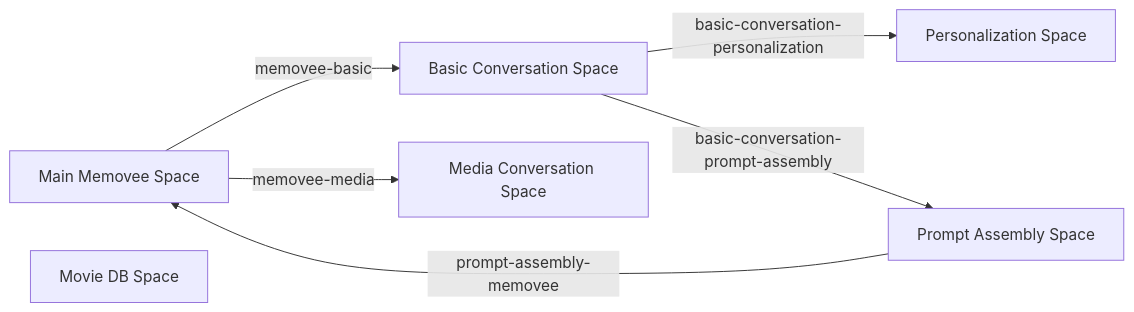
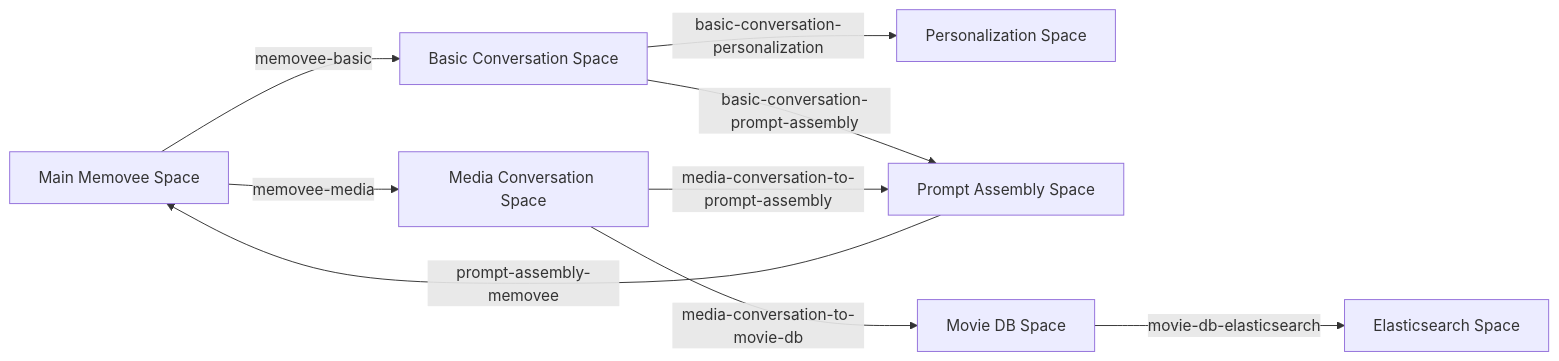
One commit to upmaru/memovee-tama changed the diagram in README.md. Above: the diagram before and after it, drawn with Mermaid.

Commit message:
Update mermaid diagram on readme

````diff
--- a/README.md
+++ b/README.md
@@ -59,20 +59,25 @@
 ```mermaid
 graph LR
     A[Main Memovee Space]
     B[Basic Conversation Space]
     C[Media Conversation Space]
     D[Personalization Space]
     E[Prompt Assembly Space]
     F[Movie DB Space]
+    G[Elasticsearch Space]
     A -- "memovee-basic" --> B
     A -- "memovee-media" --> C
     B -- "basic-conversation-personalization" --> D
     B -- "basic-conversation-prompt-assembly" --> E
+    C -- "media-conversation-to-movie-db" --> F
+    C -- "media-conversation-to-prompt-assembly" --> E
     E -- "prompt-assembly-memovee" --> A
+    F -- "movie-db-elasticsearch" --> G
     style A fill:#bbdefb stroke:#333
     style B fill:#c8e6c9 stroke:#333
     style C fill:#ffe0b2 stroke:#333
     style D fill:#f8b6c0 stroke:#333
     style E fill:#e1bee7 stroke:#333
     style F fill:#d7ccc8 stroke:#333
+    style G fill:#fff9c4 stroke:#333
 ```
````
